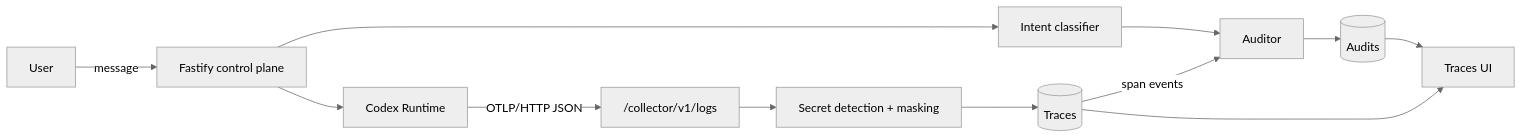
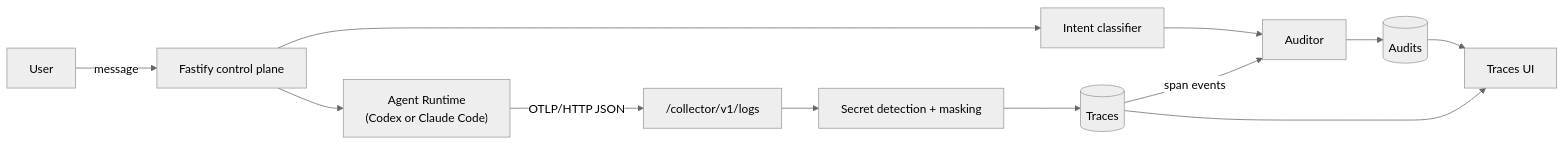
The diagram in docs/GLASS_BOX.md (Not-jovan/Monkey), drawn with Mermaid (neutral theme) before and after one commit. The commit also changed other lines of this file and 2 other files, not shown here.

````diff
--- a/docs/GLASS_BOX.md
+++ b/docs/GLASS_BOX.md
@@ -13,14 +13,14 @@
 ```mermaid
 flowchart LR
     User["User"] -->|message| API["Fastify control plane"]
     API --> Intent["Intent classifier"]
-    API --> Runtime["Codex Runtime"]
+    API --> Runtime["Agent Runtime\n(Codex or Claude Code)"]
     Runtime -->|OTLP/HTTP JSON| Collector["/collector/v1/logs"]
     Collector --> Redact["Secret detection + masking"]
     Redact --> Traces[("Traces")]
     Traces -->|span events| Audit["Auditor"]
     Intent --> Audit
     Audit --> Audits[("Audits")]
     Audits --> UI["Traces UI"]
     Traces --> UI
 ```
````
